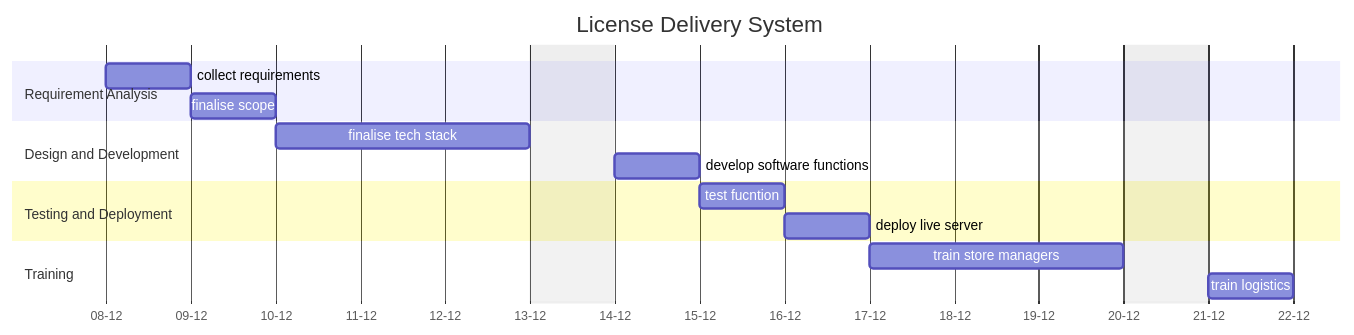
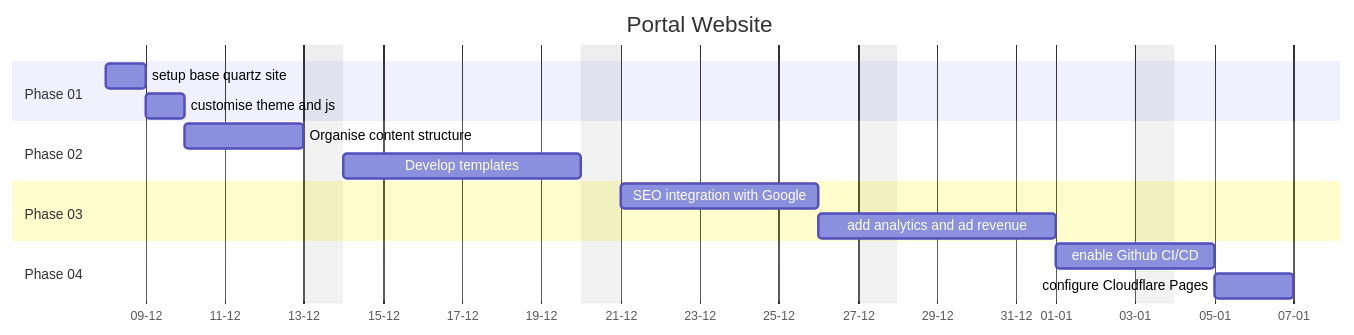
Before and after one commit to wuksoy/quartz: the diagram in content/projects/Portfolio Website.md, drawn with Mermaid. The commit also changed other lines of this file and 4 other files, not shown here.

````diff
--- a/content/projects/Portfolio Website.md
+++ b/content/projects/Portfolio Website.md
@@ -43,19 +58,19 @@
 ```mermaid 
 gantt
-    title License Delivery System
+    title Portal Website
     dateFormat YYYY-MM-DD
     axisFormat %d-%m
     excludes friday
-    section Requirement Analysis
-        collect requirements          :a1, 2024-12-08, 1d
-        finalise scope                :a2,after a1, 1d
-    section Design and Development
-        finalise tech stack           :a3, after a2, 3d
-		develop software functions    :a4, after a3, 1d
-    section Testing and Deployment
-        test fucntion                 :a5, after a4, 1d
-        deploy live server            :a6, after a5, 1d
-    section Training
-        train store managers          :a7, after a6, 3d
-		train logistics               :after a7, 1d
+    section Phase 01
+        setup base quartz site        :a1, 2024-12-08, 1d
+        customise theme and js        :a2,after a1, 1d
+    section Phase 02
+        Organise content structure    :a3, after a2, 3d
+		Develop templates             :a4, after a3, 6d
+    section Phase 03
+        SEO integration with Google   :a5, after a4, 5d
+        add analytics and ad revenue  :a6, after a5, 5d
+    section Phase 04
+        enable Github CI/CD           :a7, after a6, 3d
+		configure Cloudflare Pages    :after a7, 2d
 ```
````
